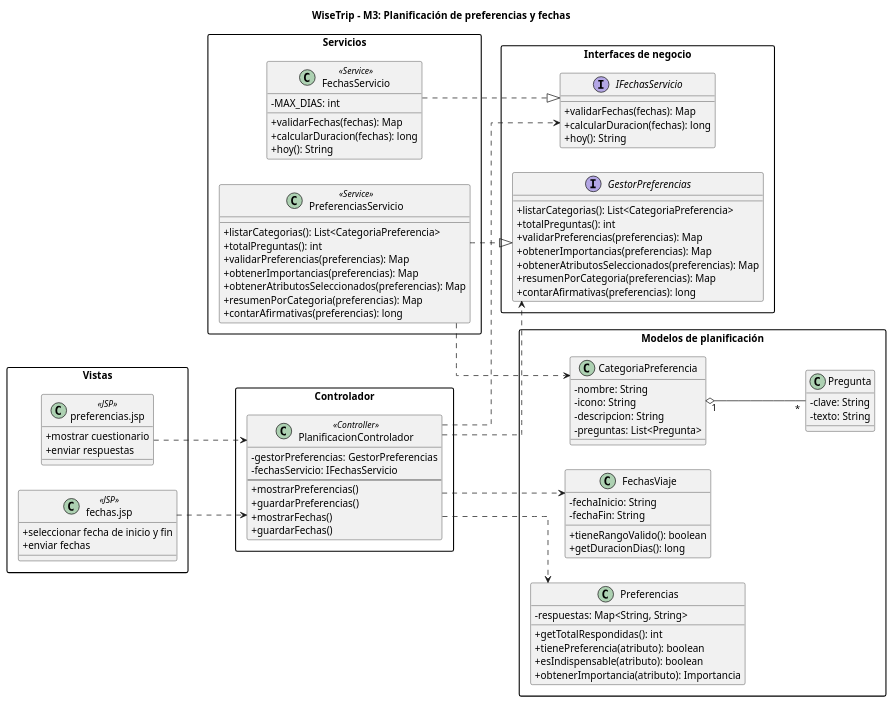
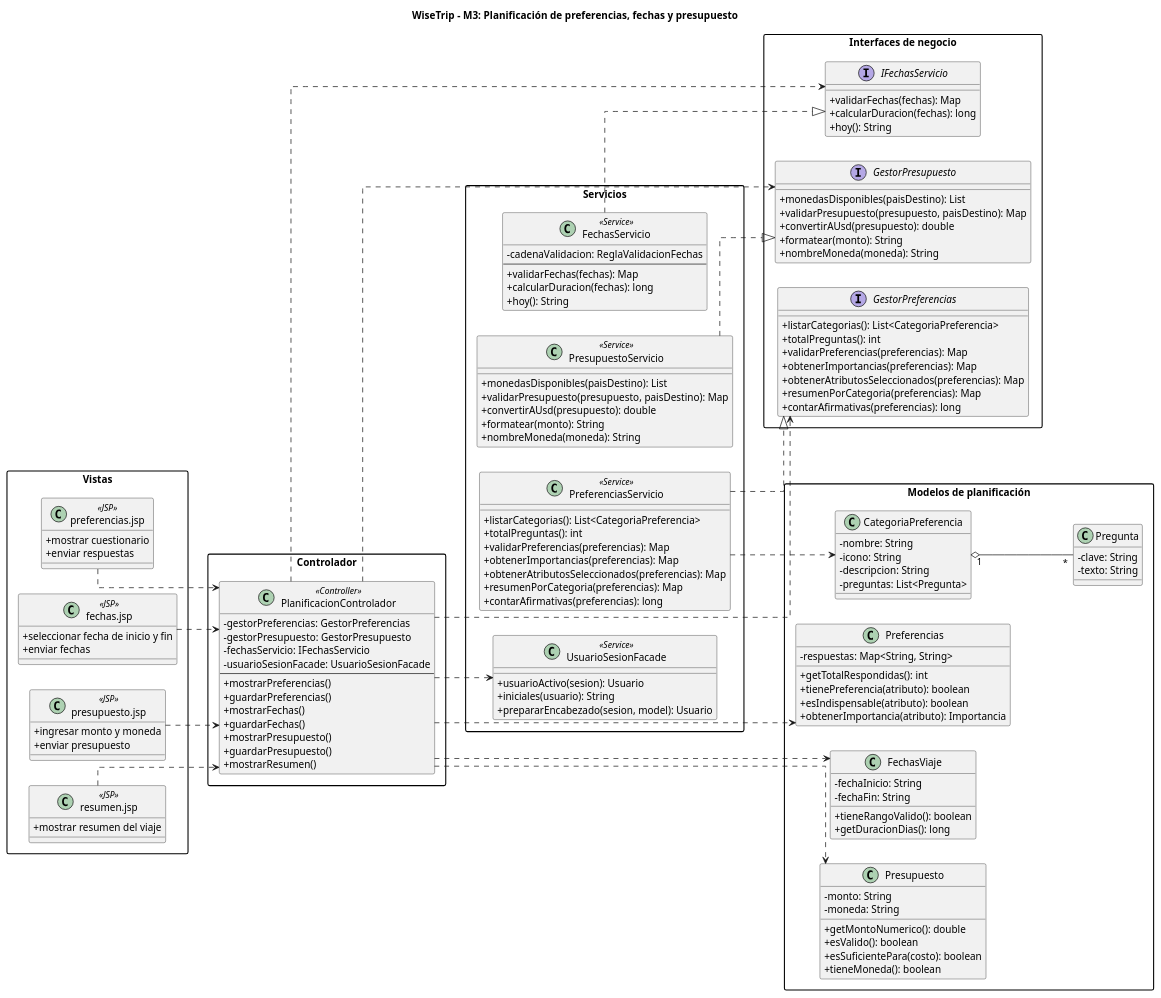
Before and after one commit to puj-course/FIS_2630_1204_G3: the diagram in docs/diagrama/DiagramaInterfaces - Planeacion.md, drawn with PlantUML. The commit also changed other lines of this file, not shown here.

Commit message:
doc: diagrama de interfaces de modulo 3 (#100)
Updated the PlantUML diagram to include budget planning and modified related classes and interfaces.

````diff
--- a/docs/diagrama/DiagramaInterfaces - Planeacion.md
+++ b/docs/diagrama/DiagramaInterfaces - Planeacion.md
@@ -11,6 +11,6 @@
 ```plantuml
 @startuml
-title WiseTrip - M3: Planificación de preferencias y fechas
+title WiseTrip - M3: Planificación de preferencias, fechas y presupuesto
 left to right direction
 skinparam packageStyle rectangle
 skinparam classAttributeIconSize 0
@@ -26,17 +26,31 @@
     + seleccionar fecha de inicio y fin
     + enviar fechas
   }
+
+  class "presupuesto.jsp" as VistaPresupuesto <<JSP>> {
+    + ingresar monto y moneda
+    + enviar presupuesto
+  }
+
+  class "resumen.jsp" as VistaResumen <<JSP>> {
+    + mostrar resumen del viaje
+  }
 }
 
 package "Controlador" {
   class PlanificacionControlador <<Controller>> {
     - gestorPreferencias: GestorPreferencias
+    - gestorPresupuesto: GestorPresupuesto
     - fechasServicio: IFechasServicio
+    - usuarioSesionFacade: UsuarioSesionFacade
     --
     + mostrarPreferencias()
     + guardarPreferencias()
     + mostrarFechas()
     + guardarFechas()
+    + mostrarPresupuesto()
+    + guardarPresupuesto()
+    + mostrarResumen()
   }
 }
 
@@ -56,6 +70,14 @@
     + calcularDuracion(fechas): long
     + hoy(): String
   }
+
+  interface GestorPresupuesto {
+    + monedasDisponibles(paisDestino): List
+    + validarPresupuesto(presupuesto, paisDestino): Map
+    + convertirAUsd(presupuesto): double
+    + formatear(monto): String
+    + nombreMoneda(moneda): String
+  }
 }
 
 package "Servicios" {
@@ -70,10 +92,25 @@
   }
 
   class FechasServicio <<Service>> {
-    - MAX_DIAS: int
+    - cadenaValidacion: ReglaValidacionFechas
+    --
     + validarFechas(fechas): Map
     + calcularDuracion(fechas): long
     + hoy(): String
+  }
+
+  class PresupuestoServicio <<Service>> {
+    + monedasDisponibles(paisDestino): List
+    + validarPresupuesto(presupuesto, paisDestino): Map
+    + convertirAUsd(presupuesto): double
+    + formatear(monto): String
+    + nombreMoneda(moneda): String
+  }
+
+  class UsuarioSesionFacade <<Service>> {
+    + usuarioActivo(sesion): Usuario
+    + iniciales(usuario): String
+    + prepararEncabezado(sesion, model): Usuario
   }
 }
 
@@ -104,17 +141,30 @@
     - clave: String
     - texto: String
   }
+
+  class Presupuesto {
+    - monto: String
+    - moneda: String
+    + getMontoNumerico(): double
+    + esValido(): boolean
+    + esSuficientePara(costo): boolean
+    + tieneMoneda(): boolean
+  }
 }
 
 ' Cada servicio implementa su interfaz de negocio.
 PreferenciasServicio ..|> GestorPreferencias
 FechasServicio ..|> IFechasServicio
+PresupuestoServicio ..|> GestorPresupuesto
 
-' El controlador usa los contratos y modelos del flujo.
+' El controlador usa los contratos, la fachada y los modelos del flujo.
 PlanificacionControlador ..> GestorPreferencias
 PlanificacionControlador ..> IFechasServicio
+PlanificacionControlador ..> GestorPresupuesto
+PlanificacionControlador ..> UsuarioSesionFacade
 PlanificacionControlador ..> Preferencias
 PlanificacionControlador ..> FechasViaje
+PlanificacionControlador ..> Presupuesto
 
 ' El servicio de preferencias organiza el cuestionario por categorías y preguntas.
 PreferenciasServicio ..> CategoriaPreferencia
@@ -123,6 +173,8 @@
 ' Vistas atendidas por el controlador.
 VistaPreferencias ..> PlanificacionControlador
 VistaFechas ..> PlanificacionControlador
+VistaPresupuesto ..> PlanificacionControlador
+VistaResumen ..> PlanificacionControlador
 
 @enduml
 ```
````
